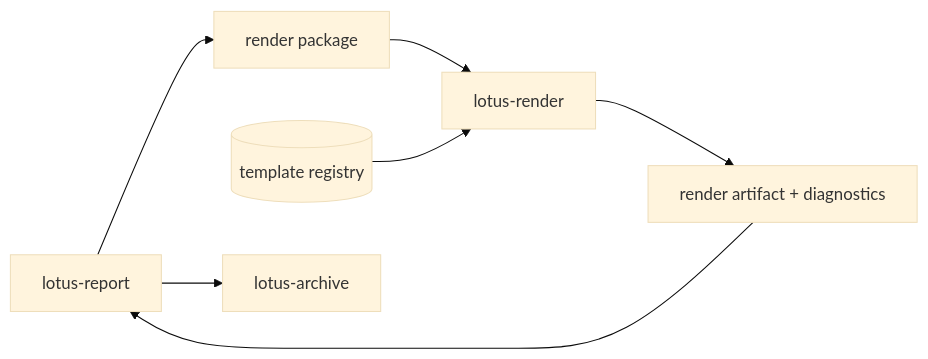
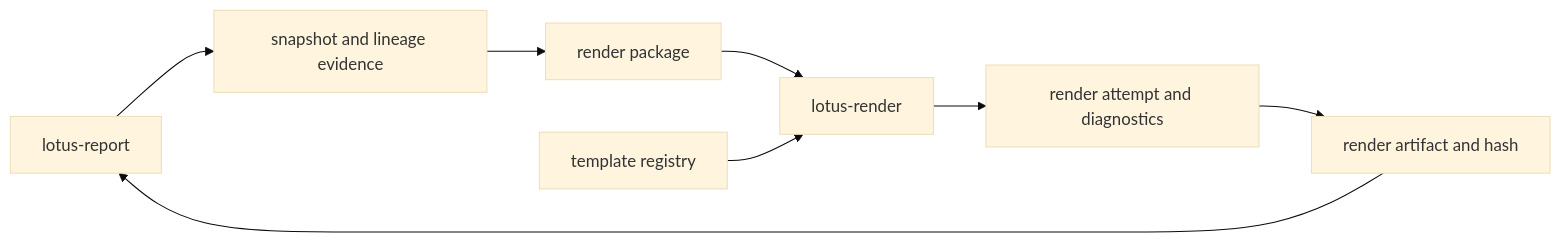
Before and after one commit to sgajbi/lotus-platform: the diagram in rfcs/RFC-0102-render-package-template-registry-and-render-service.md, drawn with Mermaid (base theme). The commit also changed other lines of this file, not shown here.

````diff
--- a/rfcs/RFC-0102-render-package-template-registry-and-render-service.md
+++ b/rfcs/RFC-0102-render-package-template-registry-and-render-service.md
@@ -116,9 +180,18 @@
 ```mermaid
 flowchart LR
-    REPORT[lotus-report] --> PACKAGE[render package]
-    PACKAGE --> RENDER[lotus-render]
-    REGISTRY[(template registry)] --> RENDER
-    RENDER --> ARTIFACT[render artifact + diagnostics]
+    REPORT[lotus-report]
+    SNAP[snapshot and lineage evidence]
+    PACKAGE[render package]
+    REGISTRY[template registry]
+    RENDER[lotus-render]
+    ATTEMPT[render attempt and diagnostics]
+    ARTIFACT[render artifact and hash]
+
+    REPORT --> SNAP
+    SNAP --> PACKAGE
+    PACKAGE --> RENDER
+    REGISTRY --> RENDER
+    RENDER --> ATTEMPT
+    ATTEMPT --> ARTIFACT
     ARTIFACT --> REPORT
-    REPORT --> ARCHIVE[lotus-archive]
 ```
````
